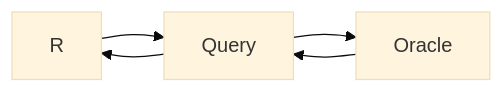
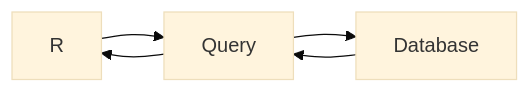
Before and after one commit to andreabz/R_per_IT: the second of 4 diagrams in 03-performance.qmd, drawn with Mermaid (base theme). The commit also changed other lines of this file and 7 other files, not shown here.

````diff
--- a/03-performance.qmd
+++ b/03-performance.qmd
@@ -93,9 +121,9 @@
 ```{mermaid}
 %%| label: mermaid-03-performance-02
 %%| echo: false
 flowchart LR
     R["R"] --> Q["Query"]
-    Q --> DB["Oracle"]
+    Q --> DB["Database"]
     DB --> Q
     Q --> R
 ```
````
